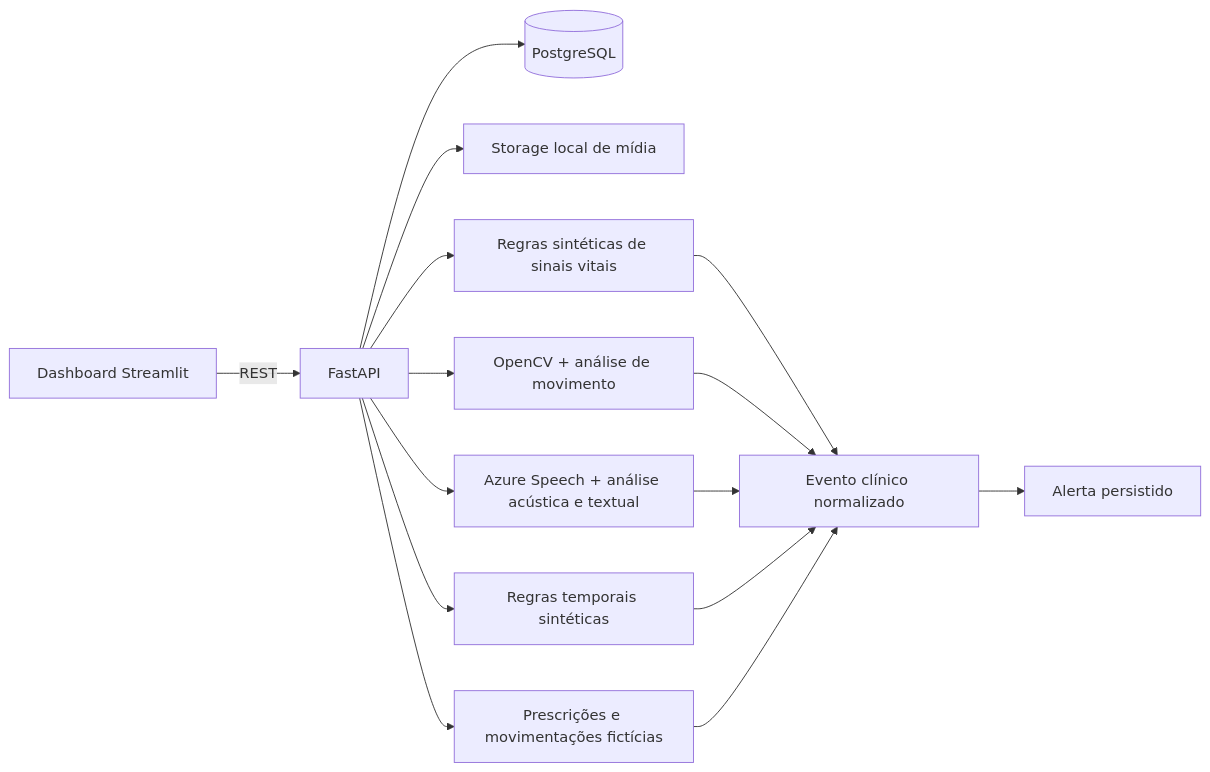
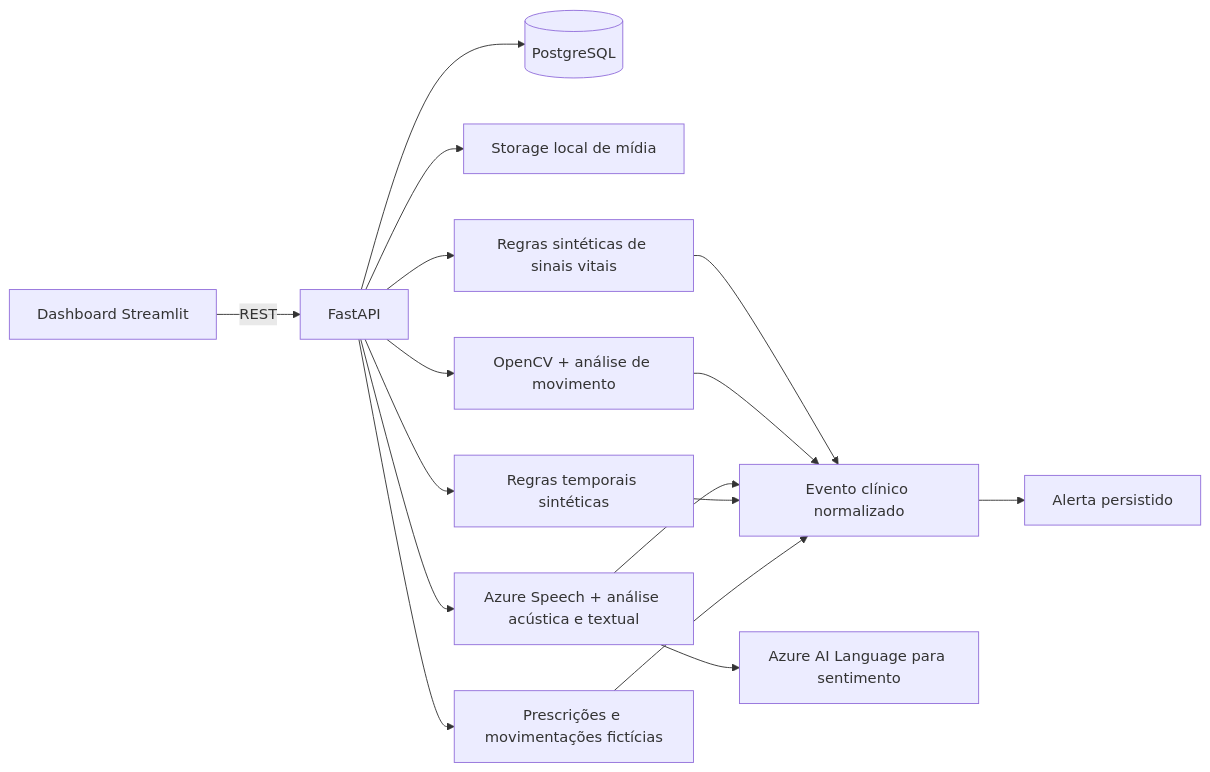
One commit to mo1sess/tech-challenge-fiap-fase-4 changed the diagram in README.md. Above: the diagram before and after it, drawn with Mermaid. The commit also changed other lines of this file and 13 other files, not shown here.

Commit message:
feat: integrate Azure sentiment analysis for audio jobs

````diff
--- a/README.md
+++ b/README.md
@@ -33,17 +34,18 @@
 ```mermaid
 flowchart LR
     UI[Dashboard Streamlit] -->|REST| API[FastAPI]
     API --> DB[(PostgreSQL)]
     API --> FS[Storage local de mídia]
     API --> VITAL[Regras sintéticas de sinais vitais]
     VITAL --> EVENT[Evento clínico normalizado]
     EVENT --> ALERT[Alerta persistido]
     API --> VIDEO[OpenCV + análise de movimento]
     VIDEO --> EVENT
     API --> AUDIO[Azure Speech + análise acústica e textual]
     AUDIO --> EVENT
+    AUDIO --> LANGUAGE[Azure AI Language para sentimento]
     API --> TEMPORAL[Regras temporais sintéticas]
     API --> OPERATIONS[Prescrições e movimentações fictícias]
     TEMPORAL --> EVENT
     OPERATIONS --> EVENT
 ```
````
